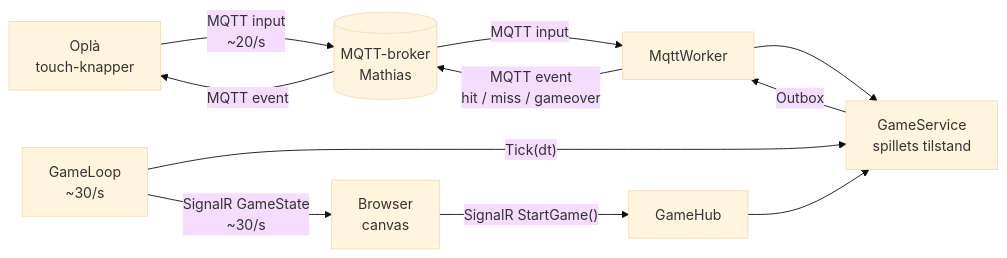
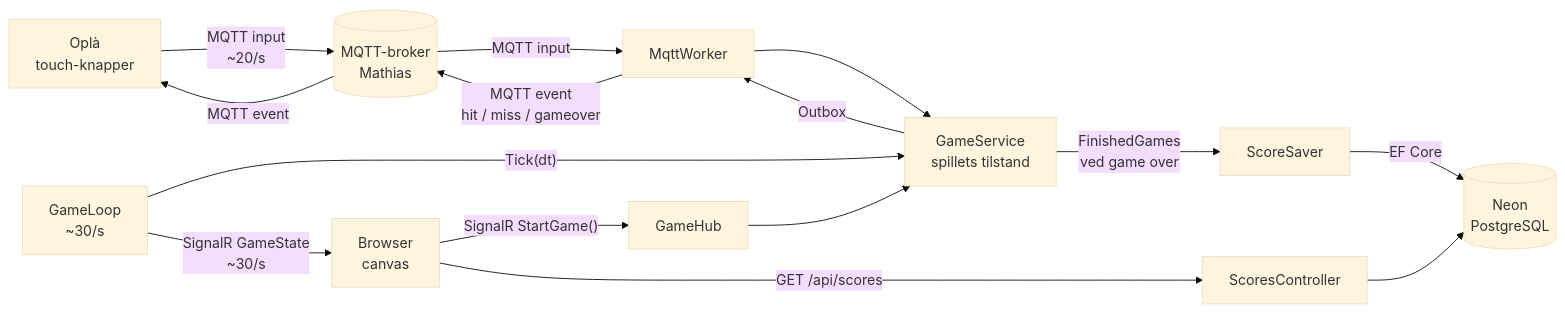
One commit to Mercantec-GHC/H3-TamaPal changed the diagram in docs/DATAFLOW.md. Above: the diagram before and after it, drawn with Mermaid (base theme). The commit also changed other lines of this file and 2 other files, not shown here.

````diff
--- a/docs/DATAFLOW.md
+++ b/docs/DATAFLOW.md
@@ -6,12 +6,15 @@
 ```mermaid
 flowchart LR
     O[Oplà<br/>touch-knapper] -- "MQTT input<br/>~20/s" --> B[(MQTT-broker<br/>Mathias)]
     B -- "MQTT input" --> M[MqttWorker]
     M --> G[GameService<br/>spillets tilstand]
     L[GameLoop<br/>~30/s] -- "Tick(dt)" --> G
     L -- "SignalR GameState<br/>~30/s" --> F[Browser<br/>canvas]
     F -- "SignalR StartGame()" --> H[GameHub] --> G
     G -- "Outbox" --> M
     M -- "MQTT event<br/>hit / miss / gameover" --> B
     B -- "MQTT event" --> O
+    G -- "FinishedGames<br/>ved game over" --> S[ScoreSaver]
+    S -- "EF Core" --> D[(Neon<br/>PostgreSQL)]
+    F -- "GET /api/scores" --> C[ScoresController] --> D
 ```
````
